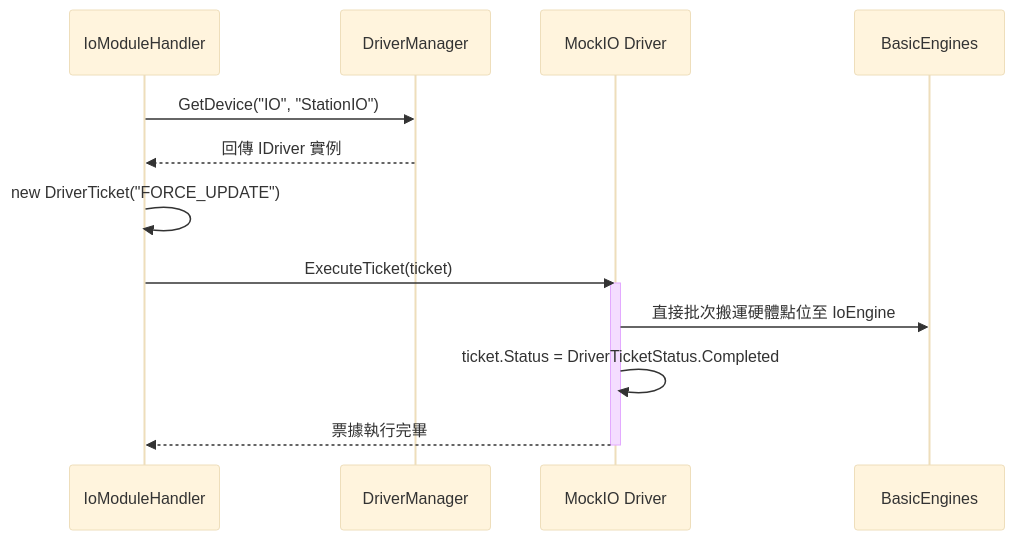
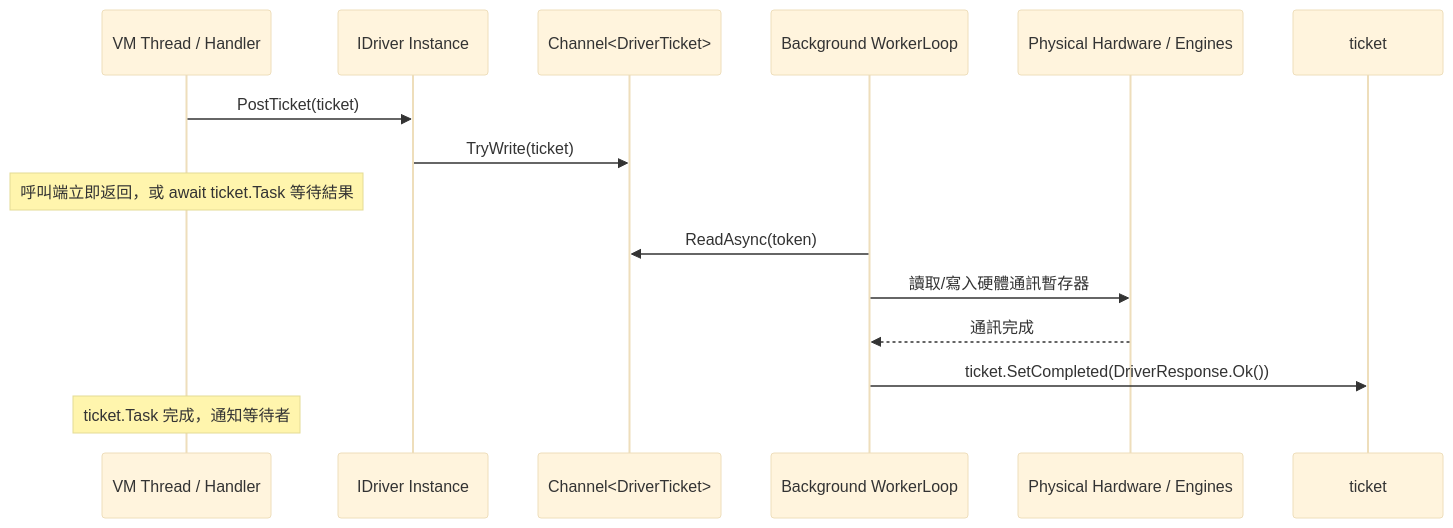
The diagram in docs/dev-guide/06_EXTEND_DRIVER_CSVI.md (arco651749/ARCOSharp), drawn with Mermaid (base theme) before and after one commit. The commit also changed other lines of this file and 3 other files, not shown here.

Commit message:
docs(dev-guide): complete and align Driver CSVI design specification with true IDriver, dual-mode WinExe & 4 category ticket protocols

````diff
--- a/docs/dev-guide/06_EXTEND_DRIVER_CSVI.md
+++ b/docs/dev-guide/06_EXTEND_DRIVER_CSVI.md
@@ -57,18 +111,17 @@
 ```mermaid
 sequenceDiagram
-    participant Handler as IoModuleHandler
-    participant DrvMgr as DriverManager
-    participant Driver as MockIO Driver
-    participant Engines as BasicEngines
+    participant Caller as VM Thread / Handler
+    participant Driver as IDriver Instance
+    participant Queue as Channel<DriverTicket>
+    participant Worker as Background WorkerLoop
+    participant HW as Physical Hardware / Engines
 
-    Handler->>DrvMgr: GetDevice("IO", "StationIO")
-    DrvMgr-->>Handler: 回傳 IDriver 實例
-    
-    Handler->>Handler: new DriverTicket("FORCE_UPDATE")
-    Handler->>Driver: ExecuteTicket(ticket)
-    activate Driver
-    Driver->>Engines: 直接批次搬運硬體點位至 IoEngine
-    Driver->>Driver: ticket.Status = DriverTicketStatus.Completed
-    Driver-->>Handler: 票據執行完畢
-    deactivate Driver
+    Caller->>Driver: PostTicket(ticket)
+    Driver->>Queue: TryWrite(ticket)
+    Note over Caller: 呼叫端立即返回，或 await ticket.Task 等待結果
+    Worker->>Queue: ReadAsync(token)
+    Worker->>HW: 讀取/寫入硬體通訊暫存器
+    HW-->>Worker: 通訊完成
+    Worker->>ticket: ticket.SetCompleted(DriverResponse.Ok())
+    Note over Caller: ticket.Task 完成，通知等待者
 ```
````
